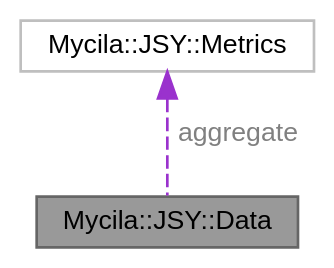
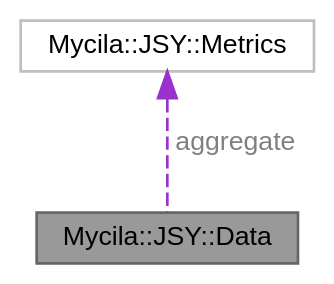
One commit to mathieucarbou/MycilaJSY changed the diagram in docs/api/class_mycila_1_1_j_s_y_1_1_data__coll__graph.dot. Above: the diagram before and after it, drawn with Graphviz. The commit also changed 27 other files, not shown here.

```diff
--- a/docs/api/class_mycila_1_1_j_s_y_1_1_data__coll__graph.dot
+++ b/docs/api/class_mycila_1_1_j_s_y_1_1_data__coll__graph.dot
@@ -1,10 +1,11 @@
 digraph "Mycila::JSY::Data"
 {
  // LATEX_PDF_SIZE
   bgcolor="transparent";
   edge [fontname=Helvetica,fontsize=10,labelfontname=Helvetica,labelfontsize=10];
   node [fontname=Helvetica,fontsize=10,shape=box,height=0.2,width=0.4];
   Node1 [id="Node000001",label="Mycila::JSY::Data",height=0.2,width=0.4,color="gray40", fillcolor="grey60", style="filled", fontcolor="black",tooltip=" "];
-  Node2 -> Node1 [id="edge1_Node000001_Node000002",dir="back",color="darkorchid3",style="dashed",tooltip=" ",label=" aggregate",fontcolor="grey" ];
+  Node2 -> Node1 [id="edge1_Node000001_Node000002",dir="back",color="darkorchid3",style="dashed",tooltip=" ",label=<<TABLE CELLBORDER="0" BORDER="0"><TR><TD VALIGN="top" ALIGN="LEFT" CELLPADDING="1" CELLSPACING="0">aggregate</TD></TR>
+</TABLE>> ,fontcolor="grey" ];
   Node2 [id="Node000002",label="Mycila::JSY::Metrics",height=0.2,width=0.4,color="grey75", fillcolor="white", style="filled",URL="$class_mycila_1_1_j_s_y_1_1_metrics.html",tooltip=" "];
 }
```
